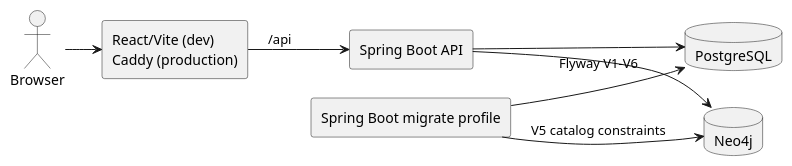
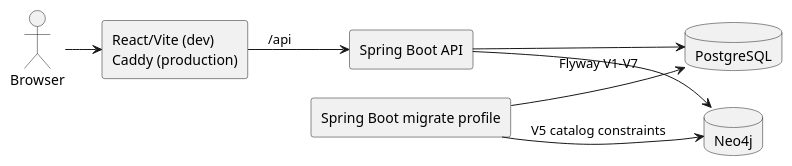
Before and after one commit to SEP490-Fall-2026-GFA26SE64/SEP490: the diagram in documents/diagrams/runtime-topology.puml, drawn with PlantUML. The commit also changed 12 other files, not shown here.

```diff
--- a/documents/diagrams/runtime-topology.puml
+++ b/documents/diagrams/runtime-topology.puml
@@ -1,20 +1,20 @@
 @startuml
 !pragma layout smetana
 left to right direction
 skinparam componentStyle rectangle
 skinparam shadowing false
 
 actor Browser
 component "React/Vite (dev)\nCaddy (production)" as Web
 component "Spring Boot API" as API
 component "Spring Boot migrate profile" as Migrate
 database "PostgreSQL" as PG
 database "Neo4j" as Graph
 
 Browser --> Web
 Web --> API : /api
 API --> PG
 API --> Graph
-Migrate --> PG : Flyway V1-V6
+Migrate --> PG : Flyway V1-V7
 Migrate --> Graph : V5 catalog constraints
 @enduml
```
